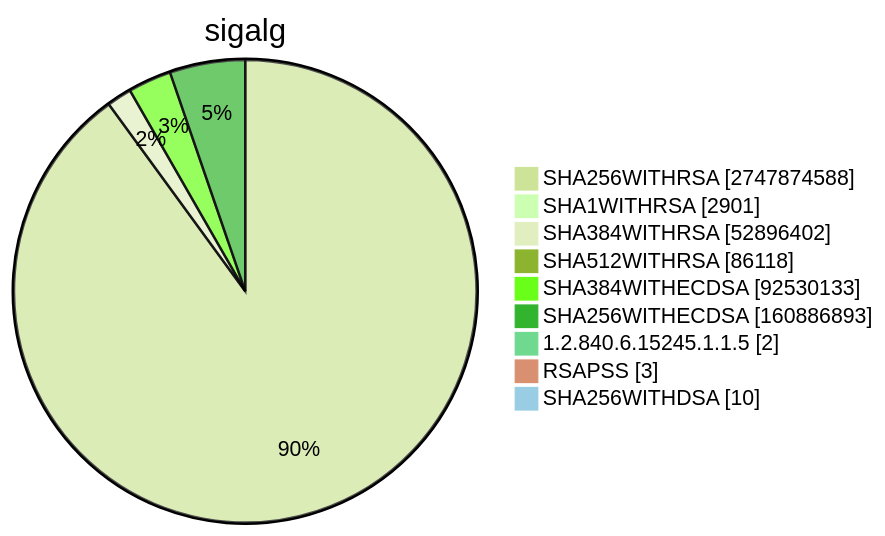
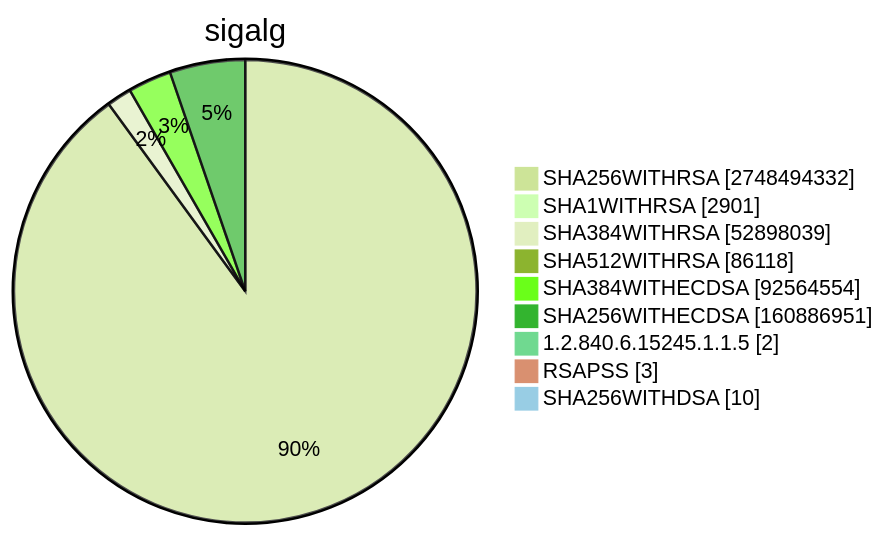
Before and after one commit to christiankrug/ctmonitor_visualization: diagram 15 of 15 in TOTAL/README.md, drawn with Mermaid (forest theme). The commit also changed other lines of this file, not shown here.

````diff
--- a/TOTAL/README.md
+++ b/TOTAL/README.md
@@ -6206,13 +6206,13 @@
 ```mermaid
 pie showData
 title sigalg
-"SHA256WITHRSA" :2747874588
+"SHA256WITHRSA" :2748494332
 "SHA1WITHRSA" :2901
-"SHA384WITHRSA" :52896402
+"SHA384WITHRSA" :52898039
 "SHA512WITHRSA" :86118
-"SHA384WITHECDSA" :92530133
-"SHA256WITHECDSA" :160886893
+"SHA384WITHECDSA" :92564554
+"SHA256WITHECDSA" :160886951
 "1.2.840.6.15245.1.1.5" :2
 "RSAPSS" :3
 "SHA256WITHDSA" :10
 ```
````
